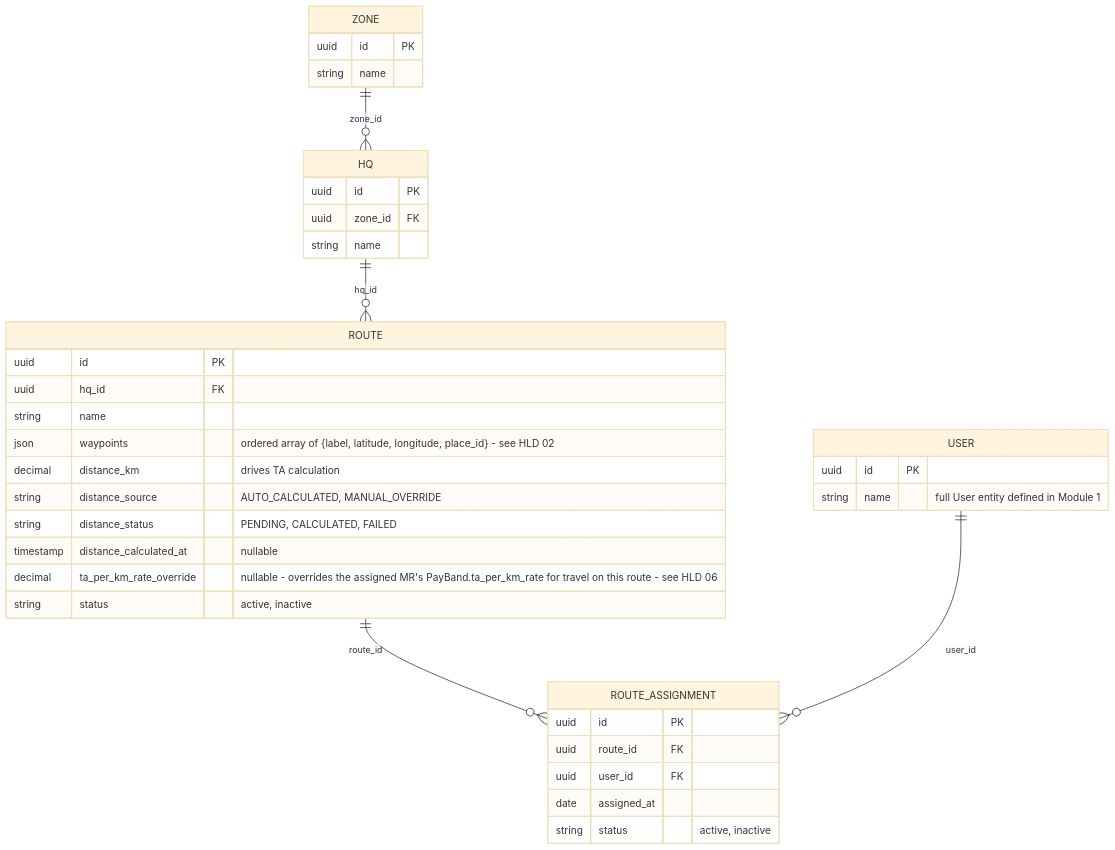
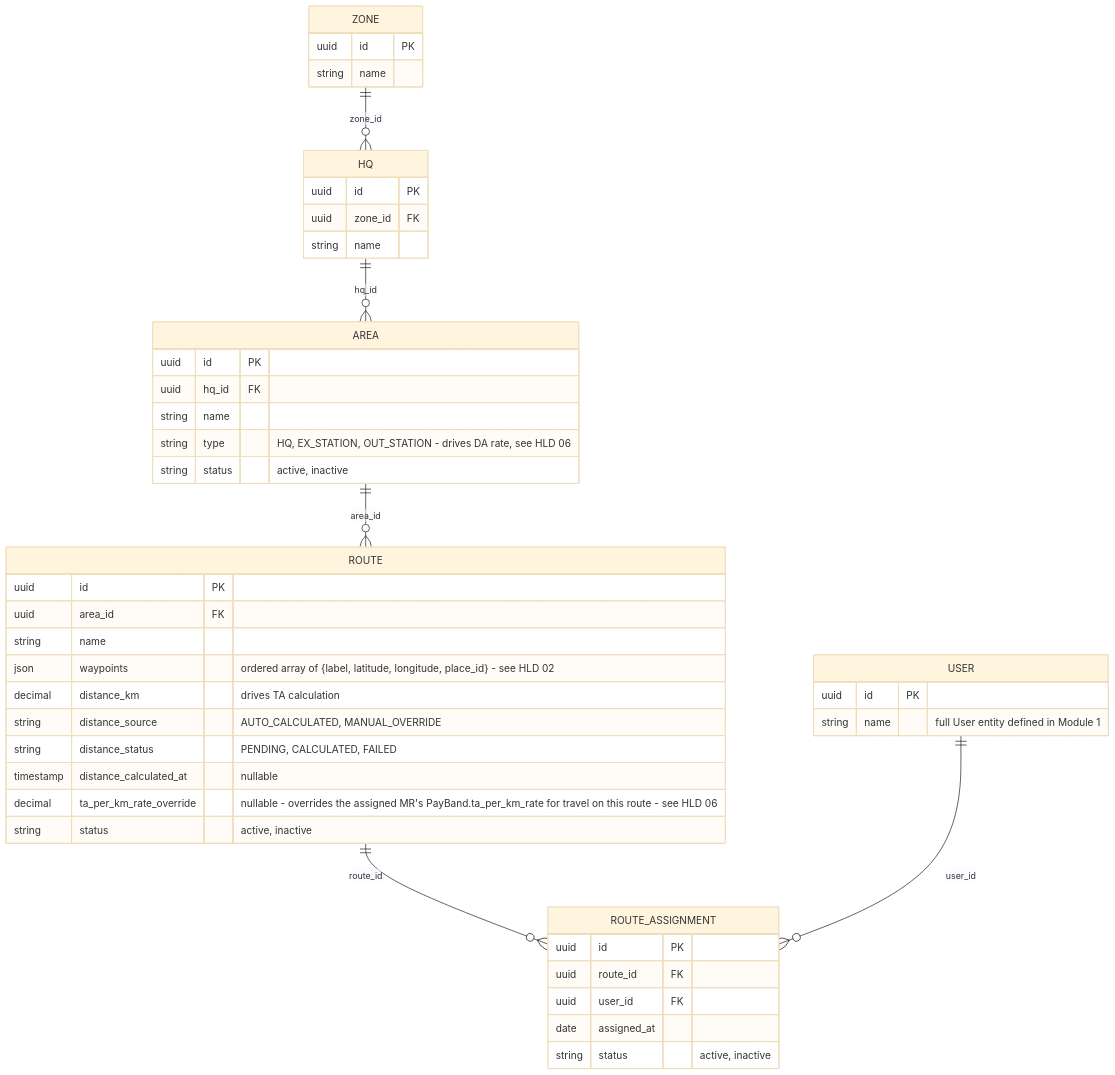
One commit to reboot-ai-private-limited/greynote changed the diagram in docs/erd/02-territory-master.md. Above: the diagram before and after it, drawn with Mermaid (base theme). The commit also changed other lines of this file and 10 other files, not shown here.

````diff
--- a/docs/erd/02-territory-master.md
+++ b/docs/erd/02-territory-master.md
@@ -7,40 +8,48 @@
 ```mermaid
 erDiagram
     USER {
         uuid id PK
         string name "full User entity defined in Module 1"
     }
     ZONE {
         uuid id PK
         string name
     }
     HQ {
         uuid id PK
         uuid zone_id FK
         string name
     }
+    AREA {
+        uuid id PK
+        uuid hq_id FK
+        string name
+        string type "HQ, EX_STATION, OUT_STATION - drives DA rate, see HLD 06"
+        string status "active, inactive"
+    }
     ROUTE {
         uuid id PK
-        uuid hq_id FK
+        uuid area_id FK
         string name
         json waypoints "ordered array of {label, latitude, longitude, place_id} - see HLD 02"
         decimal distance_km "drives TA calculation"
         string distance_source "AUTO_CALCULATED, MANUAL_OVERRIDE"
         string distance_status "PENDING, CALCULATED, FAILED"
         timestamp distance_calculated_at "nullable"
         decimal ta_per_km_rate_override "nullable - overrides the assigned MR's PayBand.ta_per_km_rate for travel on this route - see HLD 06"
         string status "active, inactive"
     }
     ROUTE_ASSIGNMENT {
         uuid id PK
         uuid route_id FK
         uuid user_id FK
         date assigned_at
         string status "active, inactive"
     }
 
     ZONE ||--o{ HQ : "zone_id"
-    HQ ||--o{ ROUTE : "hq_id"
+    HQ ||--o{ AREA : "hq_id"
+    AREA ||--o{ ROUTE : "area_id"
     ROUTE ||--o{ ROUTE_ASSIGNMENT : "route_id"
     USER ||--o{ ROUTE_ASSIGNMENT : "user_id"
 ```
````
